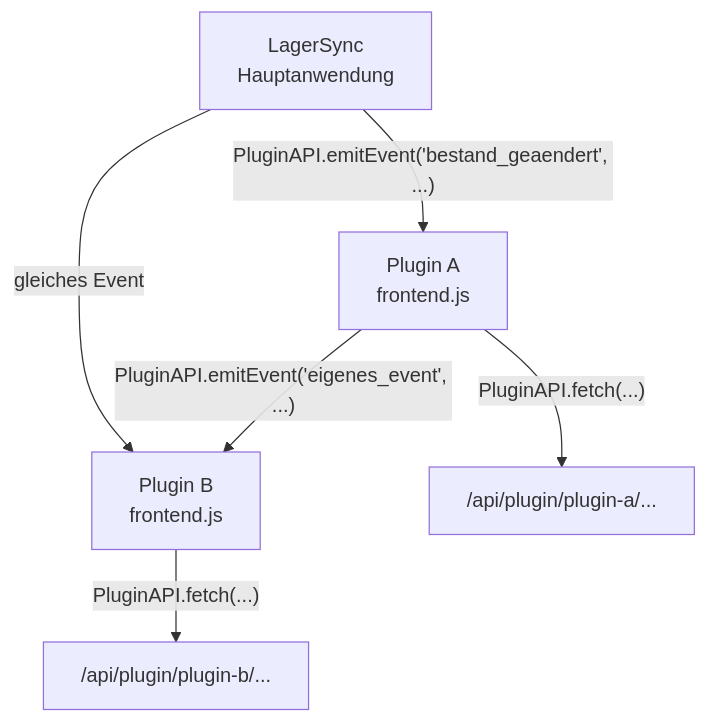
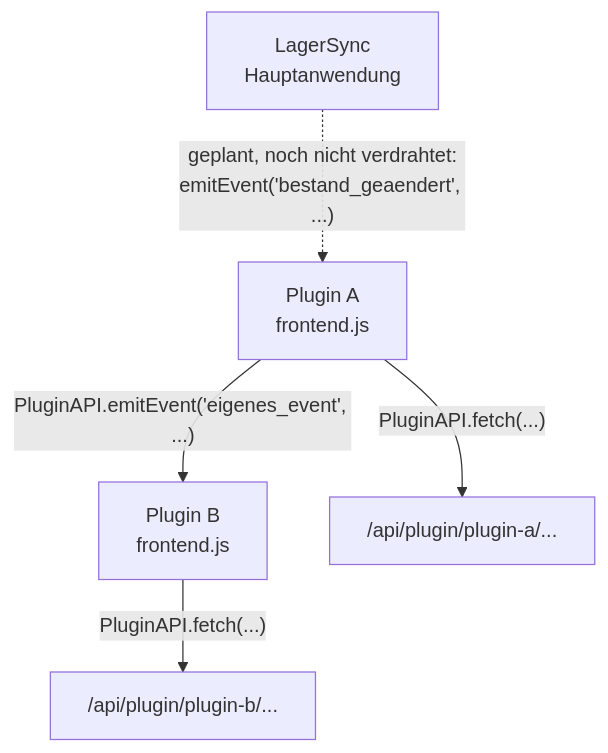
One commit to Gamerhund/lagersync-plugins changed the fourth of 4 diagrams in docs/ARCHITECTURE.md. Above: the diagram before and after it, drawn with Mermaid. The commit also changed other lines of this file and 4 other files, not shown here.

````diff
--- a/docs/ARCHITECTURE.md
+++ b/docs/ARCHITECTURE.md
@@ -89,8 +89,7 @@
 ```mermaid
 flowchart TD
-    Main["LagerSync<br/>Hauptanwendung"] -->|"PluginAPI.emitEvent('bestand_geaendert', ...)"| P1["Plugin A<br/>frontend.js"]
-    Main -->|"gleiches Event"| P2["Plugin B<br/>frontend.js"]
-    P1 -->|"PluginAPI.emitEvent('eigenes_event', ...)"| P2
+    P1["Plugin A<br/>frontend.js"] -->|"PluginAPI.emitEvent('eigenes_event', ...)"| P2["Plugin B<br/>frontend.js"]
     P1 -->|"PluginAPI.fetch(...)"| API1["/api/plugin/plugin-a/..."]
     P2 -->|"PluginAPI.fetch(...)"| API2["/api/plugin/plugin-b/..."]
+    Main["LagerSync<br/>Hauptanwendung"] -.->|"geplant, noch nicht verdrahtet:<br/>emitEvent('bestand_geaendert', ...)"| P1
 ```
````
